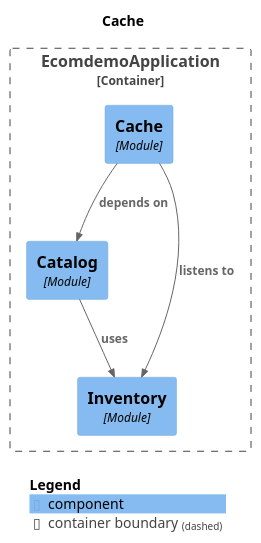
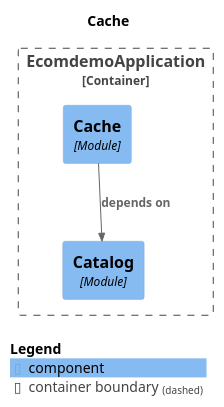
One commit to mr-sujay-patil/ecomdemo changed the diagram in docs/modules/module-cache.puml. Above: the diagram before and after it, drawn with PlantUML. The commit also changed 19 other files, not shown here.

```diff
--- a/docs/modules/module-cache.puml
+++ b/docs/modules/module-cache.puml
@@ -1,22 +1,19 @@
 @startuml
 set separator none
 title Cache
 
 top to bottom direction
 
 !include <C4/C4>
 !include <C4/C4_Context>
 !include <C4/C4_Component>
 
 Container_Boundary("EcomdemoApplication.EcomdemoApplication_boundary", "EcomdemoApplication", $tags="") {
   Component(EcomdemoApplication.EcomdemoApplication.Catalog, "Catalog", $techn="Module", $descr="", $tags="", $link="")
   Component(EcomdemoApplication.EcomdemoApplication.Cache, "Cache", $techn="Module", $descr="", $tags="", $link="")
-  Component(EcomdemoApplication.EcomdemoApplication.Inventory, "Inventory", $techn="Module", $descr="", $tags="", $link="")
 }
 
 Rel(EcomdemoApplication.EcomdemoApplication.Cache, EcomdemoApplication.EcomdemoApplication.Catalog, "depends on", $techn="", $tags="", $link="")
-Rel(EcomdemoApplication.EcomdemoApplication.Cache, EcomdemoApplication.EcomdemoApplication.Inventory, "listens to", $techn="", $tags="", $link="")
-Rel(EcomdemoApplication.EcomdemoApplication.Catalog, EcomdemoApplication.EcomdemoApplication.Inventory, "uses", $techn="", $tags="", $link="")
 
 SHOW_LEGEND(true)
 @enduml
```
